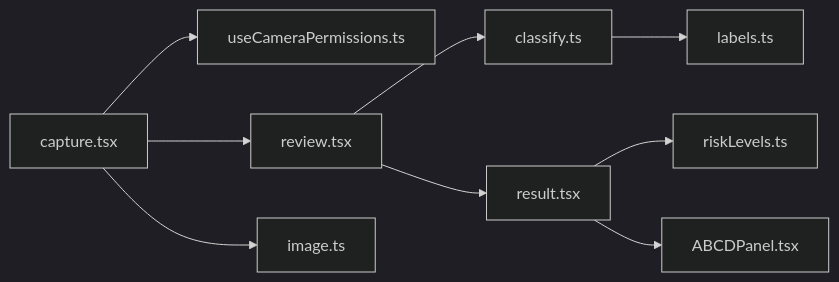
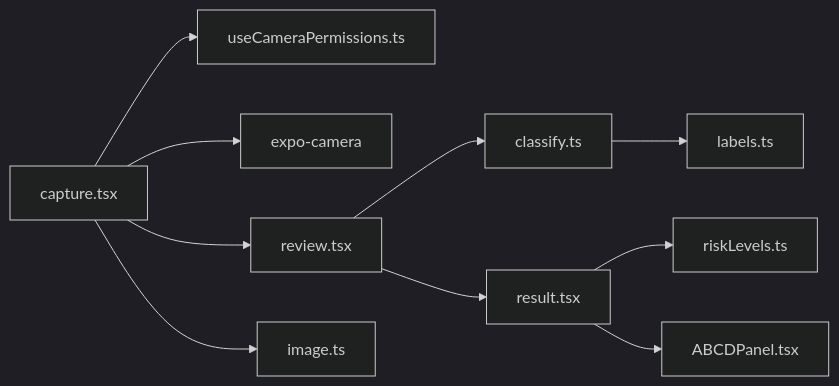
One commit to AdeelTahir-SE/DermSight changed the ninth of 9 diagrams in .qoder/repowiki/en/content/Camera Integration.md. Above: the diagram before and after it, drawn with Mermaid (dark theme). The commit also changed other lines of this file and 18 other files, not shown here.

First line of the commit message:
feat(camera): implement production-ready expo-camera integration with real-time preview

````diff
--- a/.qoder/repowiki/en/content/Camera Integration.md
+++ b/.qoder/repowiki/en/content/Camera Integration.md
@@ -290,11 +309,12 @@
 ```mermaid
 graph LR
 Capture["capture.tsx"] --> Permissions["useCameraPermissions.ts"]
+Capture --> ExpoCamera["expo-camera"]
 Capture --> Review["review.tsx"]
 Review --> Inference["classify.ts"]
 Review --> Result["result.tsx"]
 Result --> Risk["riskLevels.ts"]
 Result --> ABCD["ABCDPanel.tsx"]
 Capture --> Images["image.ts"]
 Inference --> Labels["labels.ts"]
 ```
````
